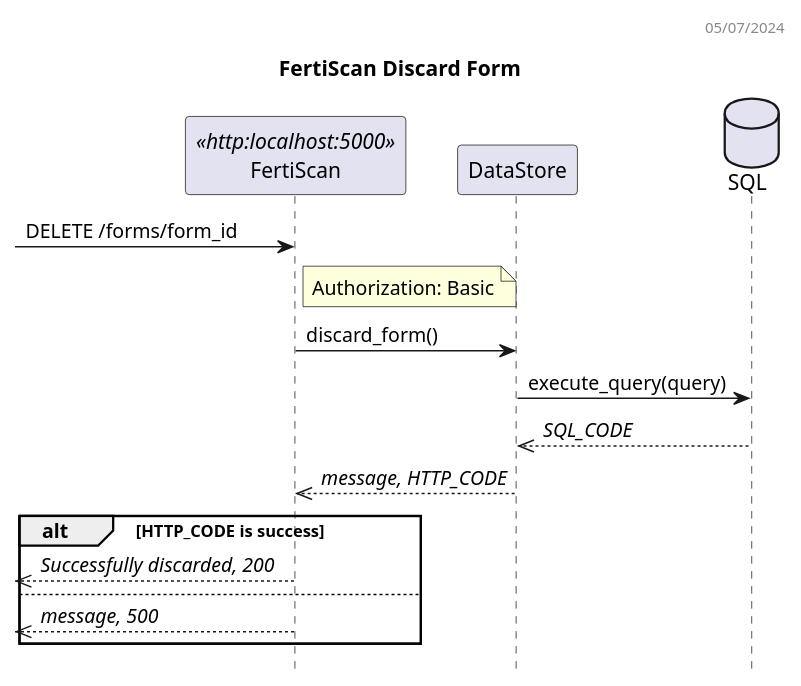
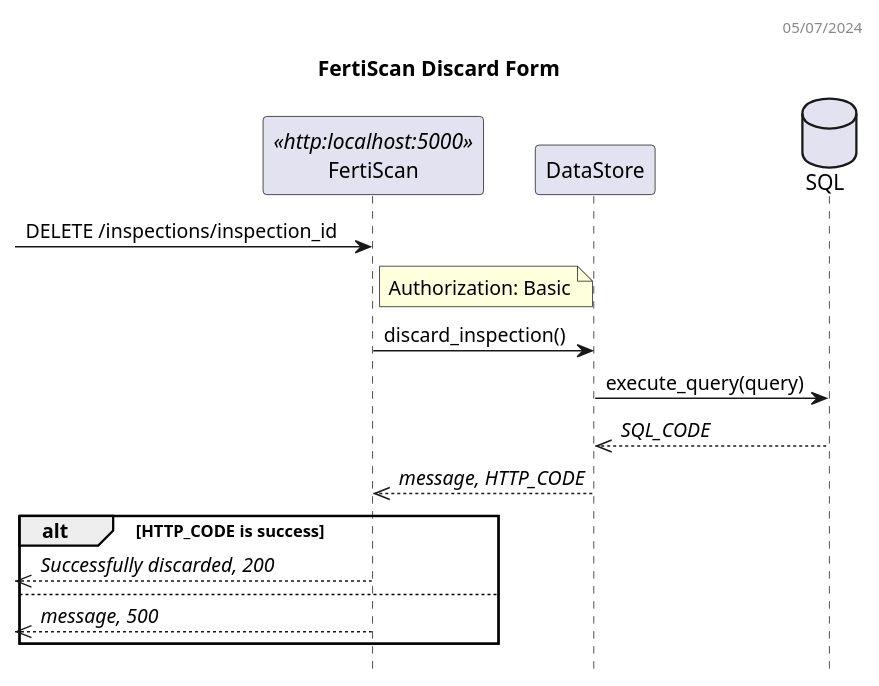
The diagram in docs/plantuml/discard_inspection_dss.puml (ai-cfia/fertiscan-backend), drawn with PlantUML before and after one commit. The commit also changed 13 other files, not shown here.

```diff
--- a/docs/plantuml/discard_inspection_dss.puml
+++ b/docs/plantuml/discard_inspection_dss.puml
@@ -1,26 +1,26 @@
 @startuml FertiScan Sequence Diagram
 header 05/07/2024
 
 title FertiScan Discard Form
 hide empty members
 hide footbox
 
 participant FertiScan as BE <<http:localhost:5000>>
 participant DataStore as DS
 database SQL as DB
 
--> BE: DELETE /forms/form_id
+-> BE: DELETE /inspections/inspection_id
 note right BE
   Authorization: Basic
 end note
-BE -> DS: discard_form() 
+BE -> DS: discard_inspection() 
 DS -> DB: execute_query(query)
 DS <<-- DB: //SQL_CODE//
 BE <<-- DS: //message, HTTP_CODE//
 alt HTTP_CODE is success
   <<-- BE: //Successfully discarded, 200//
 else
   <<-- BE: //message, 500//
 end
 
 @enduml
```
